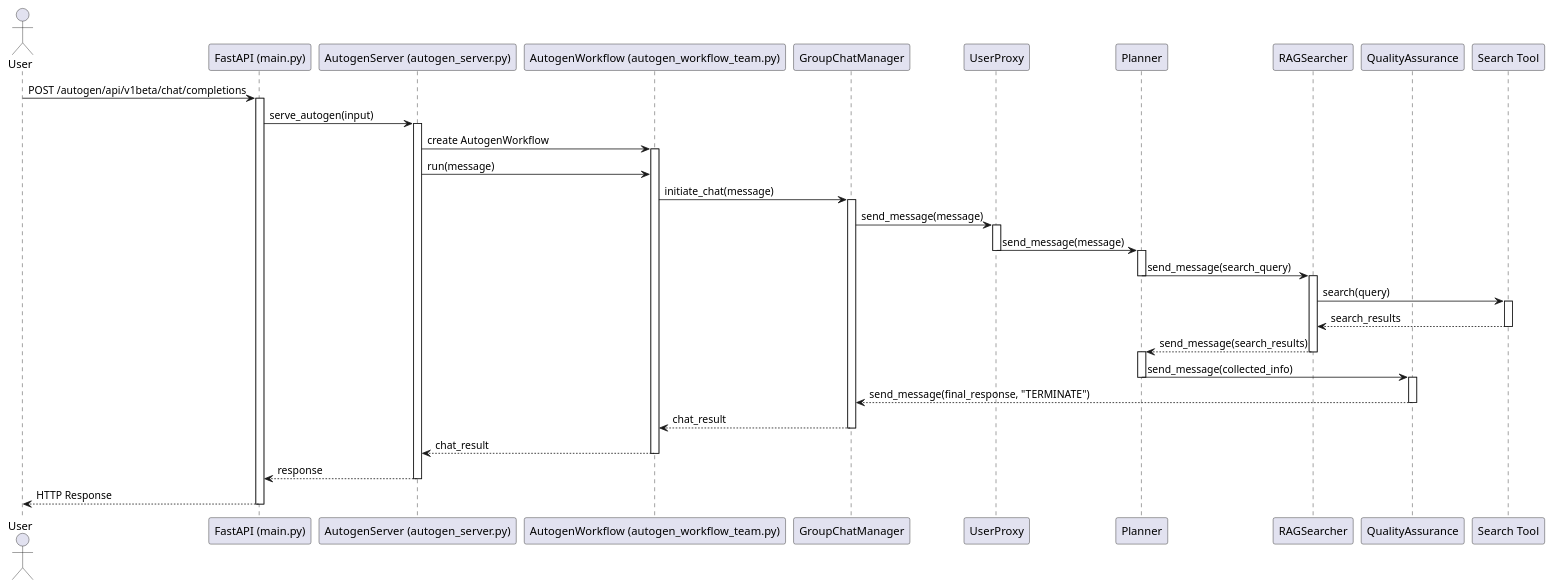
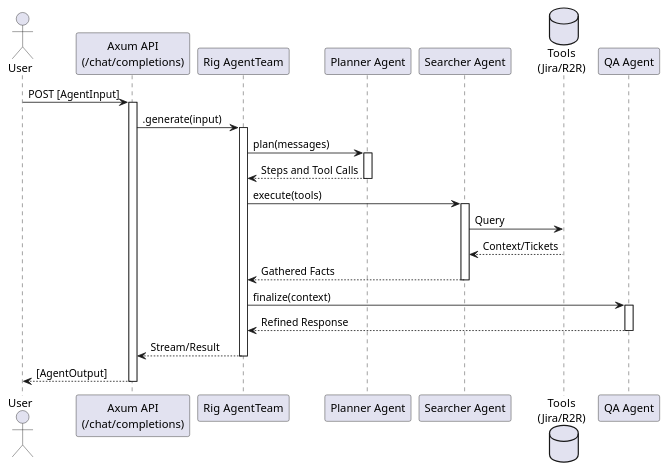
The diagram in wiki/chat_completion_sequence.plantuml (lgcorzo/fastapi-autogen-team), drawn with PlantUML before and after one commit. The commit also changed 16 other files, not shown here.

```diff
--- a/wiki/chat_completion_sequence.plantuml
+++ b/wiki/chat_completion_sequence.plantuml
@@ -1,68 +1,42 @@
-@startuml
+@startuml chat_completion_sequence
+skinparam backgroundColor white
+skinparam BoxPadding 10
+
 actor User
+participant "Axum API\n(/chat/completions)" as API
+participant "Rig AgentTeam" as Team
+participant "Planner Agent" as Planner
+participant "Searcher Agent" as Searcher
+database "Tools\n(Jira/R2R)" as Tools
+participant "QA Agent" as QA
 
-participant "FastAPI (main.py)" as FastAPI
-participant "AutogenServer (autogen_server.py)" as AutogenServer
-participant "AutogenWorkflow (autogen_workflow_team.py)" as AutogenWorkflow
-participant "GroupChatManager" as GroupChatManager
-participant "UserProxy" as UserProxy
-participant "Planner" as Planner
-participant "RAGSearcher" as RAGSearcher
-participant "QualityAssurance" as QualityAssurance
-participant "Search Tool" as SearchTool
+User -> API : POST [AgentInput]
+activate API
 
-User -> FastAPI: POST /autogen/api/v1beta/chat/completions
-activate FastAPI
+API -> Team : .generate(input)
+activate Team
 
-FastAPI -> AutogenServer: serve_autogen(input)
-activate AutogenServer
+Team -> Planner : plan(messages)
+activate Planner
+Planner --> Team : Steps and Tool Calls
+deactivate Planner
 
-AutogenServer -> AutogenWorkflow: create AutogenWorkflow
-activate AutogenWorkflow
+Team -> Searcher : execute(tools)
+activate Searcher
+Searcher -> Tools : Query
+Tools --> Searcher : Context/Tickets
+Searcher --> Team : Gathered Facts
+deactivate Searcher
 
-AutogenServer -> AutogenWorkflow: run(message)
+Team -> QA : finalize(context)
+activate QA
+QA --> Team : Refined Response
+deactivate QA
 
-AutogenWorkflow -> GroupChatManager: initiate_chat(message)
-activate GroupChatManager
+Team --> API : Stream/Result
+deactivate Team
 
-GroupChatManager -> UserProxy: send_message(message)
-activate UserProxy
-
-UserProxy -> Planner: send_message(message)
-deactivate UserProxy
-activate Planner
-
-Planner -> RAGSearcher: send_message(search_query)
-deactivate Planner
-activate RAGSearcher
-
-RAGSearcher -> SearchTool: search(query)
-activate SearchTool
-
-SearchTool --> RAGSearcher: search_results
-deactivate SearchTool
-
-RAGSearcher --> Planner: send_message(search_results)
-deactivate RAGSearcher
-activate Planner
-
-Planner -> QualityAssurance: send_message(collected_info)
-deactivate Planner
-activate QualityAssurance
-
-QualityAssurance --> GroupChatManager: send_message(final_response, "TERMINATE")
-deactivate QualityAssurance
-
-GroupChatManager --> AutogenWorkflow: chat_result
-deactivate GroupChatManager
-
-AutogenWorkflow --> AutogenServer: chat_result
-deactivate AutogenWorkflow
-
-AutogenServer --> FastAPI: response
-deactivate AutogenServer
-
-FastAPI --> User: HTTP Response
-deactivate FastAPI
+API --> User : [AgentOutput]
+deactivate API
 
 @enduml
```
